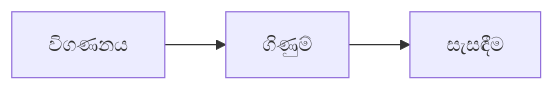
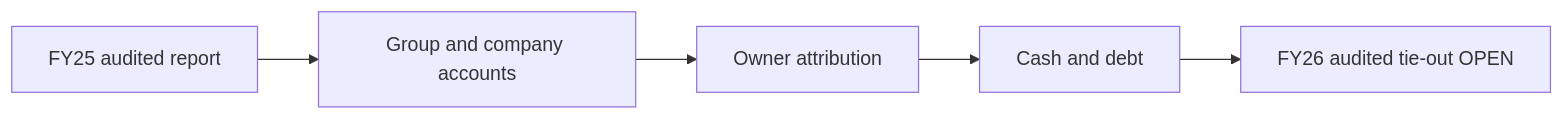
One commit to Gajarthan/SCAP-N0000-Research changed the diagram in si/01-Fundamental-Analysis/02-Financial-Statements/README.md. Above: the diagram before and after it, drawn with Mermaid. The commit also changed other lines of this file, not shown here.

Commit message:
research(financials): replace generic guide with audited 2025 and interim 2026 SCAP statements

````diff
--- a/si/01-Fundamental-Analysis/02-Financial-Statements/README.md
+++ b/si/01-Fundamental-Analysis/02-Financial-Statements/README.md
@@ -20,4 +25,7 @@
 ```mermaid
 flowchart LR
-  A["විගණනය"] --> B["ගිණුම්"] --> C["සැසඳීම"]
+  A["FY25 audited report"] --> B["Group and company accounts"]
+  B --> C["Owner attribution"]
+  C --> D["Cash and debt"]
+  D --> E["FY26 audited tie-out OPEN"]
 ```
````
